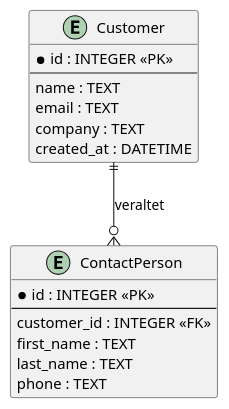
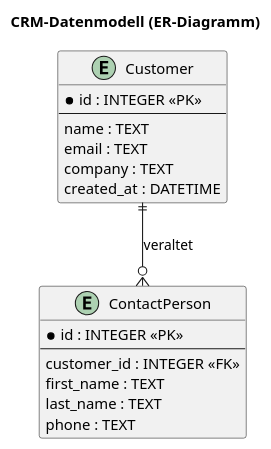
The diagram in docs/erd.puml (ysun76/CRM_init_ysun), drawn with PlantUML before and after one commit. The commit also changed 14 other files, not shown here.

Commit message:
docs: alle UML-Diagramme hinzugefügt

```diff
--- a/docs/erd.puml
+++ b/docs/erd.puml
@@ -1,21 +1,22 @@
 @startuml
+title CRM-Datenmodell (ER-Diagramm)
 entity "Customer" as cust {
   * id : INTEGER <<PK>>
   --
   name : TEXT
   email : TEXT
   company : TEXT
   created_at : DATETIME
 }
 
 entity "ContactPerson" as contact {
   * id : INTEGER <<PK>>
   --
   customer_id : INTEGER <<FK>>
   first_name : TEXT
   last_name : TEXT
   phone : TEXT
 }
 
 cust ||--o{ contact : "veraltet"
 @enduml
```
